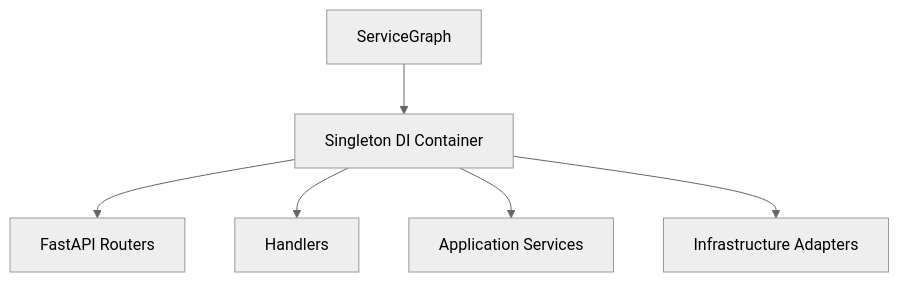
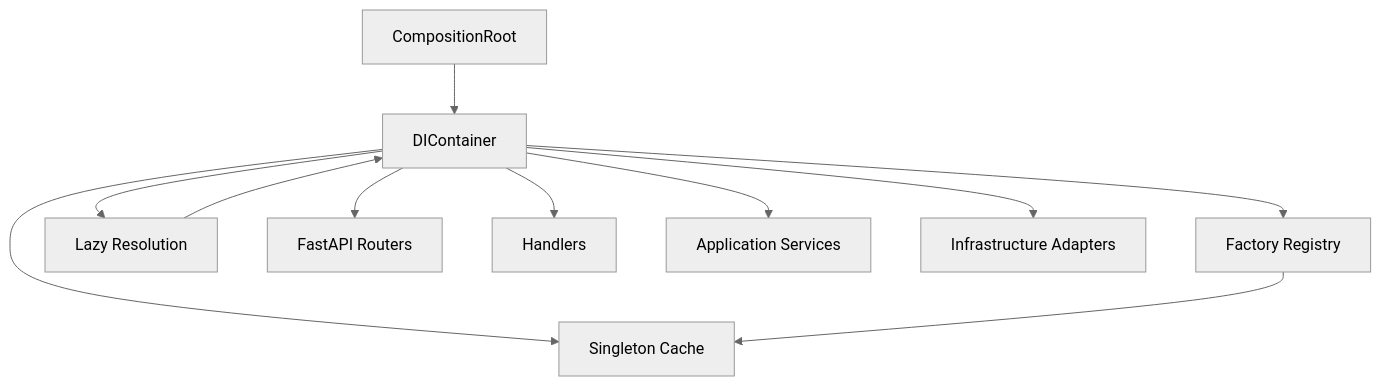
Before and after one commit to gemrajkhatry-maker/v5-of-glassytrade-ai: diagram 11 of 13 in .qoder/repowiki/en/content/Architecture Deep Dive/Design Patterns and Principles.md, drawn with Mermaid (neutral theme). The commit also changed other lines of this file and 219 other files, not shown here.

First line of the commit message:
refactor: major architecture improvements across backend, backendv2, brokers, and frontend

````diff
--- a/.qoder/repowiki/en/content/Architecture Deep Dive/Design Patterns and Principles.md
+++ b/.qoder/repowiki/en/content/Architecture Deep Dive/Design Patterns and Principles.md
@@ -364,8 +411,13 @@
 ```mermaid
 graph TB
-Factory["ServiceGraph"] --> Container["Singleton DI Container"]
+Composition["CompositionRoot"] --> Container["DIContainer"]
+Container --> Factories["Factory Registry"]
+Container --> Singletons["Singleton Cache"]
+Container --> Resolution["Lazy Resolution"]
+Factories --> Singletons
+Resolution --> Container
 Container --> Routers["FastAPI Routers"]
 Container --> Handlers["Handlers"]
 Container --> Services["Application Services"]
 Container --> Adapters["Infrastructure Adapters"]
 ```
````
